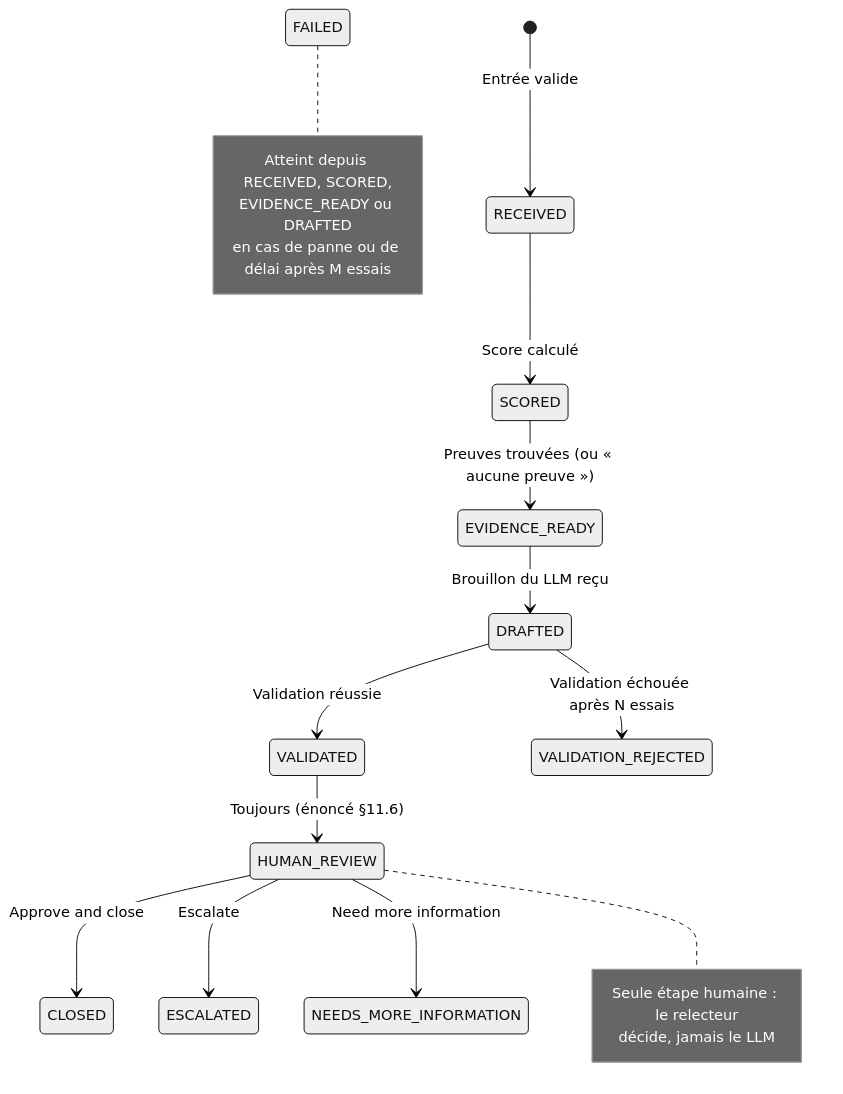
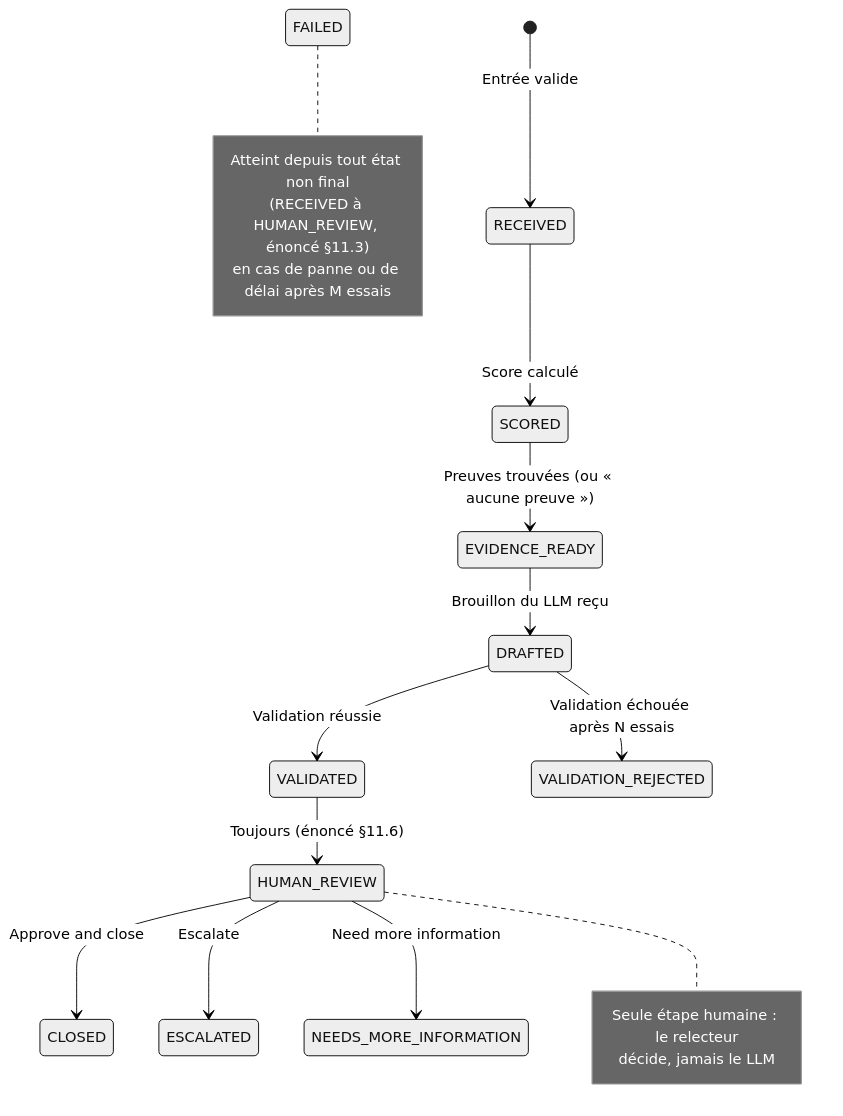
One commit to aiengineernlp-dotcom/fraud-risk-intelligence-prototype changed diagram 11 of 13 in docs/specs/Architecture_Projet.md. Above: the diagram before and after it, drawn with Mermaid (neutral theme). The commit also changed other lines of this file and 1 other file, not shown here.

Commit message:
docs(J4): docs/specs Architecture_Projet v1.2 (I45) ; PASSATION après fusion de la PR 1

````diff
--- a/docs/specs/Architecture_Projet.md
+++ b/docs/specs/Architecture_Projet.md
@@ -373,26 +374,26 @@
 ```mermaid
 stateDiagram-v2
     direction TB
     [*] --> RECEIVED: Entrée valide
     RECEIVED --> SCORED: Score calculé
     SCORED --> EVIDENCE_READY: Preuves trouvées (ou « aucune preuve »)
     EVIDENCE_READY --> DRAFTED: Brouillon du LLM reçu
     DRAFTED --> VALIDATED: Validation réussie
     DRAFTED --> VALIDATION_REJECTED: Validation échouée après N essais
     VALIDATED --> HUMAN_REVIEW: Toujours (énoncé §11.6)
     HUMAN_REVIEW --> CLOSED: Approve and close
     HUMAN_REVIEW --> ESCALATED: Escalate
     HUMAN_REVIEW --> NEEDS_MORE_INFORMATION: Need more information
 
     FAILED
     note right of FAILED
-        Atteint depuis RECEIVED, SCORED,
-        EVIDENCE_READY ou DRAFTED
+        Atteint depuis tout état non final
+        (RECEIVED à HUMAN_REVIEW, énoncé §11.3)
         en cas de panne ou de délai après M essais
     end note
 
     note right of HUMAN_REVIEW
         Seule étape humaine : le relecteur
         décide, jamais le LLM
     end note
 ```
````
